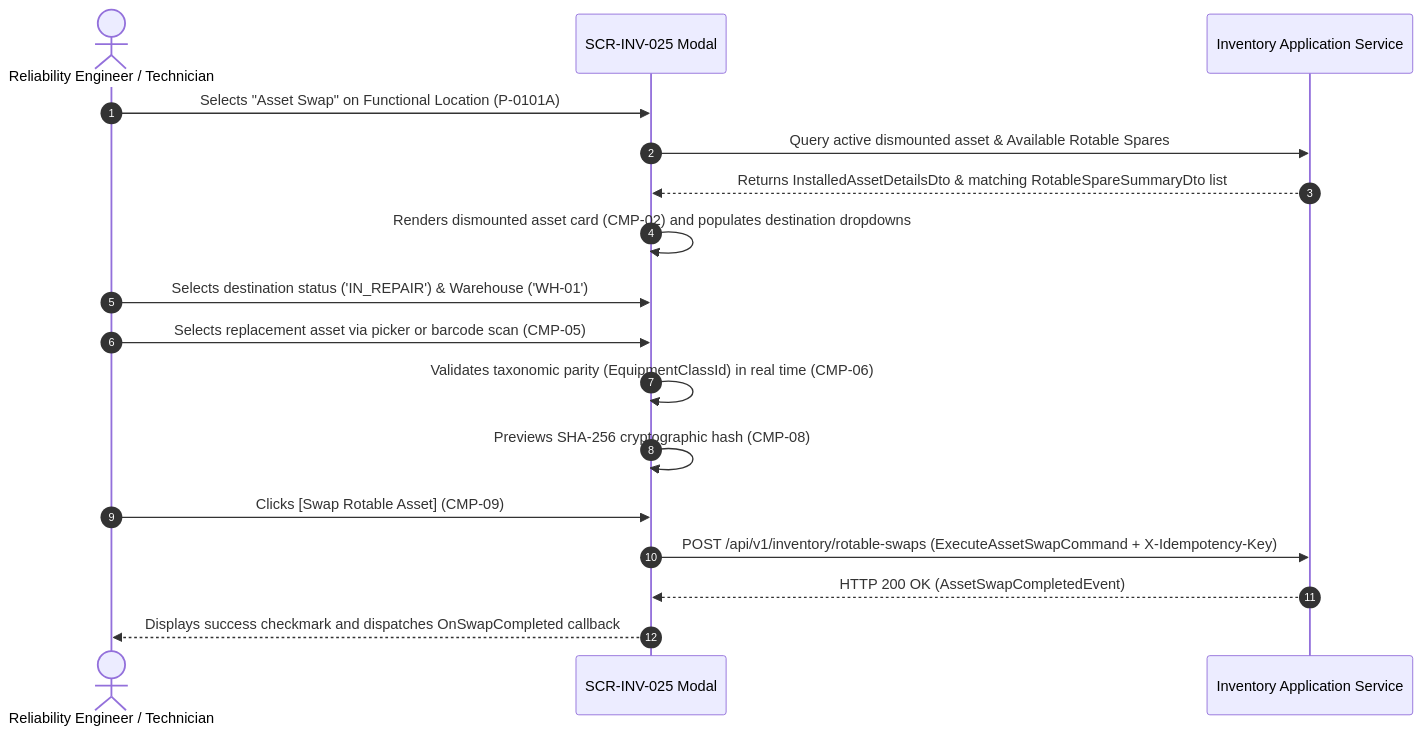
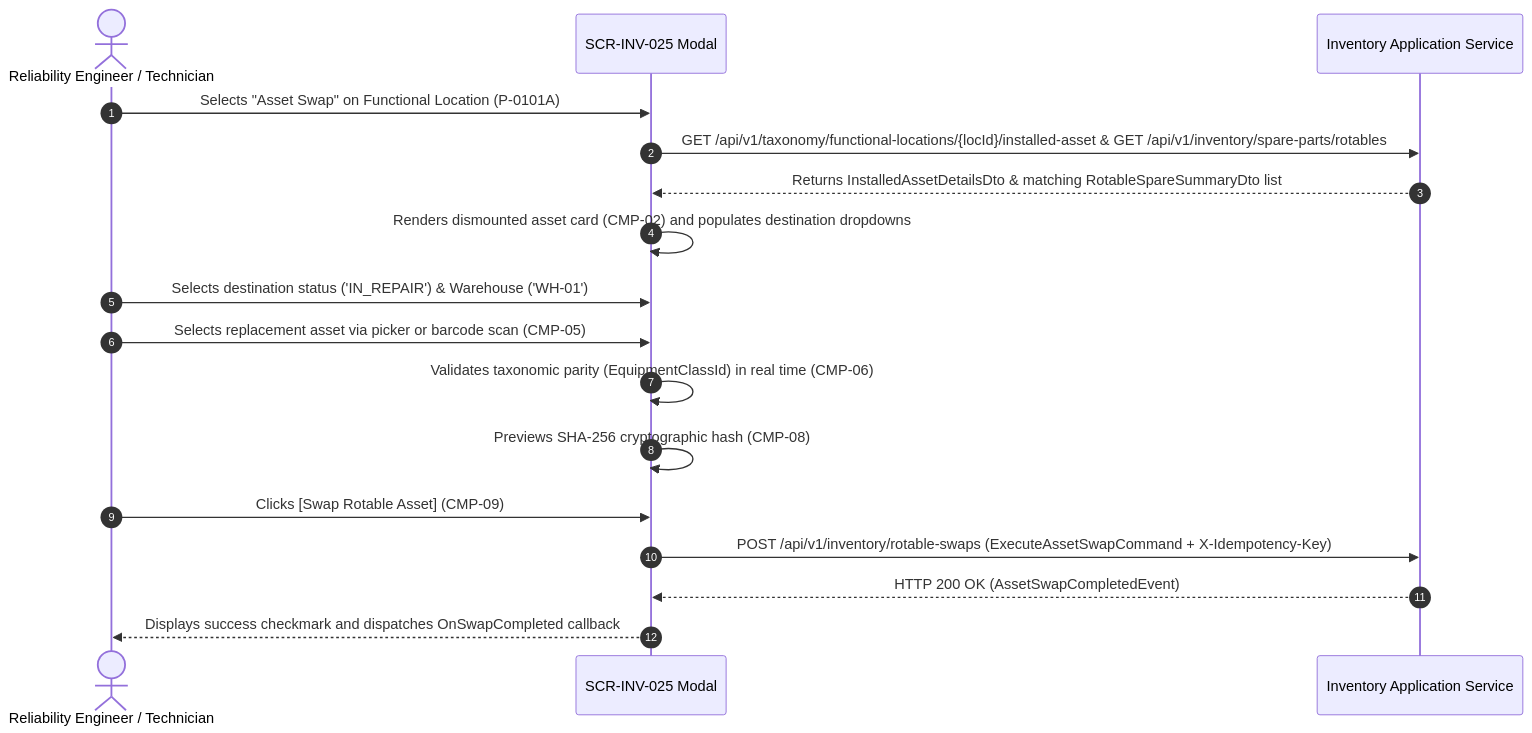
One commit to Novav20/adso-dteam-docs changed the diagram in ui-ux/screens/inv/SCR-INV-025.md. Above: the diagram before and after it, drawn with Mermaid. The commit also changed other lines of this file and 8 other files, not shown here.

Commit message:
docs(erd,ui-ux): close final Seam 4 gaps (password_policies/histories tables and missing REST/Command contracts)

````diff
--- a/ui-ux/screens/inv/SCR-INV-025.md
+++ b/ui-ux/screens/inv/SCR-INV-025.md
@@ -183,20 +183,20 @@
 ```mermaid
 sequenceDiagram
     autonumber
     actor Tech as Reliability Engineer / Technician
     participant UI as SCR-INV-025 Modal
     participant INV as Inventory Application Service
 
     Tech->>UI: Selects "Asset Swap" on Functional Location (P-0101A)
-    UI->>INV: Query active dismounted asset & Available Rotable Spares
+    UI->>INV: GET /api/v1/taxonomy/functional-locations/{locId}/installed-asset & GET /api/v1/inventory/spare-parts/rotables
     INV-->>UI: Returns InstalledAssetDetailsDto & matching RotableSpareSummaryDto list
     UI->>UI: Renders dismounted asset card (CMP-02) and populates destination dropdowns
     Tech->>UI: Selects destination status ('IN_REPAIR') & Warehouse ('WH-01')
     Tech->>UI: Selects replacement asset via picker or barcode scan (CMP-05)
     UI->>UI: Validates taxonomic parity (EquipmentClassId) in real time (CMP-06)
     UI->>UI: Previews SHA-256 cryptographic hash (CMP-08)
     Tech->>UI: Clicks [Swap Rotable Asset] (CMP-09)
     UI->>INV: POST /api/v1/inventory/rotable-swaps (ExecuteAssetSwapCommand + X-Idempotency-Key)
     INV-->>UI: HTTP 200 OK (AssetSwapCompletedEvent)
     UI-->>Tech: Displays success checkmark and dispatches OnSwapCompleted callback
 ```
````
